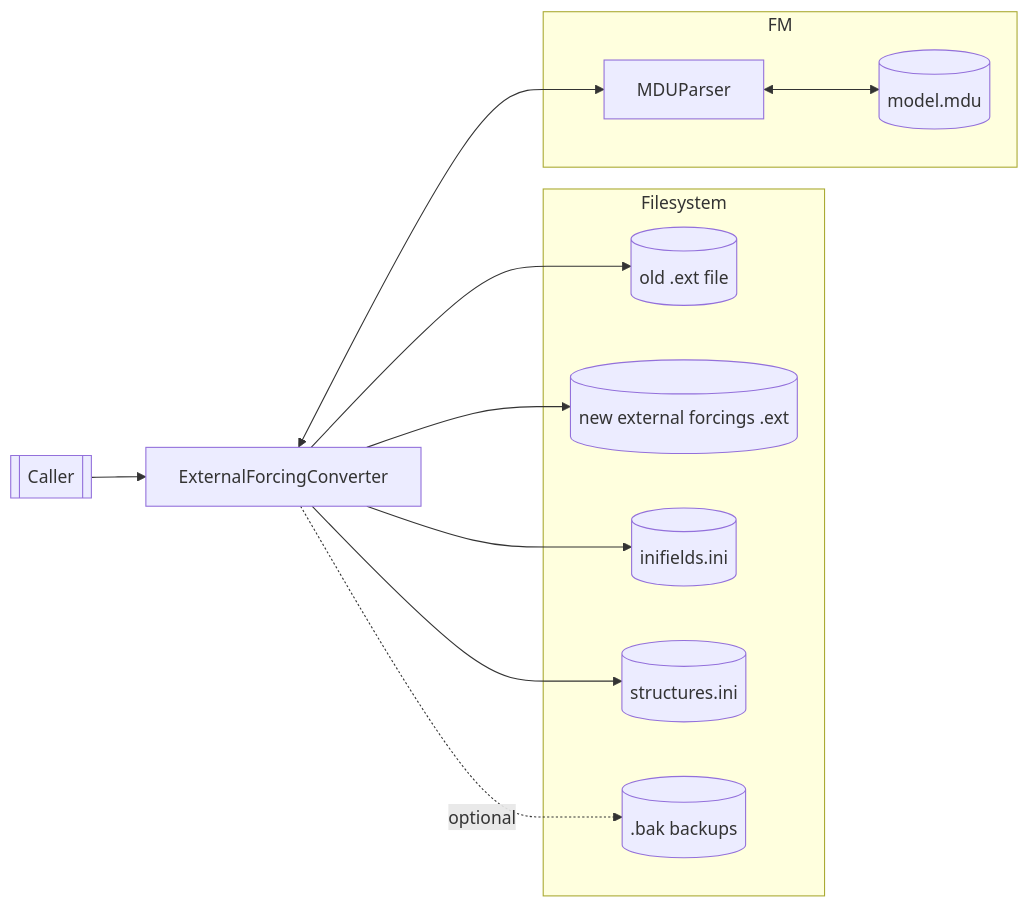
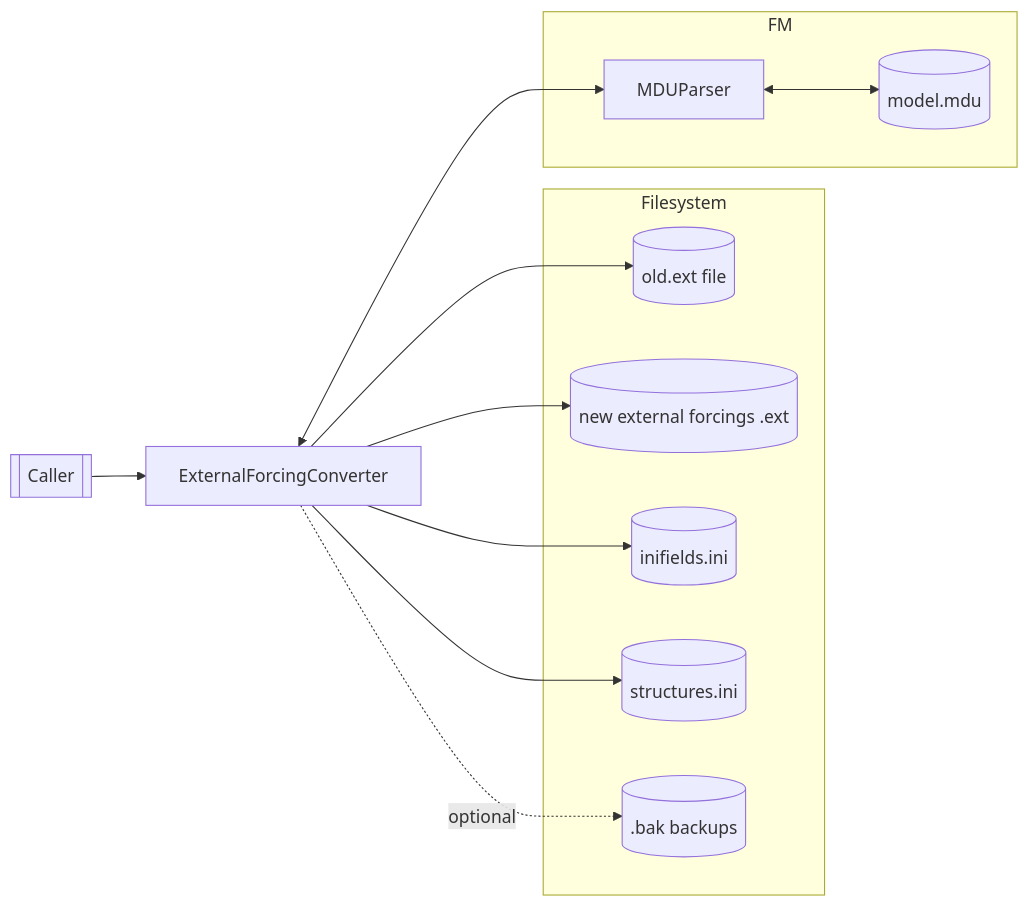
One commit to Deltares/HYDROLIB-core changed the fourth of 4 diagrams in docs/reference/tools/extforce-convert.md. Above: the diagram before and after it, drawn with Mermaid. The commit also changed other lines of this file, not shown here.

Commit message:
fix diagrams

````diff
--- a/docs/reference/tools/extforce-convert.md
+++ b/docs/reference/tools/extforce-convert.md
@@ -407,25 +413,25 @@
 ```mermaid
 graph LR
     subgraph Filesystem
-      OldExt[(old .ext file)]
+      OldExt[(old.ext file)]
       NewExt[(new external forcings .ext)]
       NewIni[(inifields.ini)]
       NewStr[(structures.ini)]
       Backups[(.bak backups)]
     end
 
     Client[[Caller]] --> Conv[ExternalForcingConverter]
     Conv --> OldExt
     Conv --> NewExt
     Conv --> NewIni
     Conv --> NewStr
     Conv -. optional .-> Backups
 
     subgraph FM
       MDU[MDUParser]
       MDUFile[(model.mdu)]
     end
 
     Conv <--> MDU
     MDU <--> MDUFile
 ```
````
